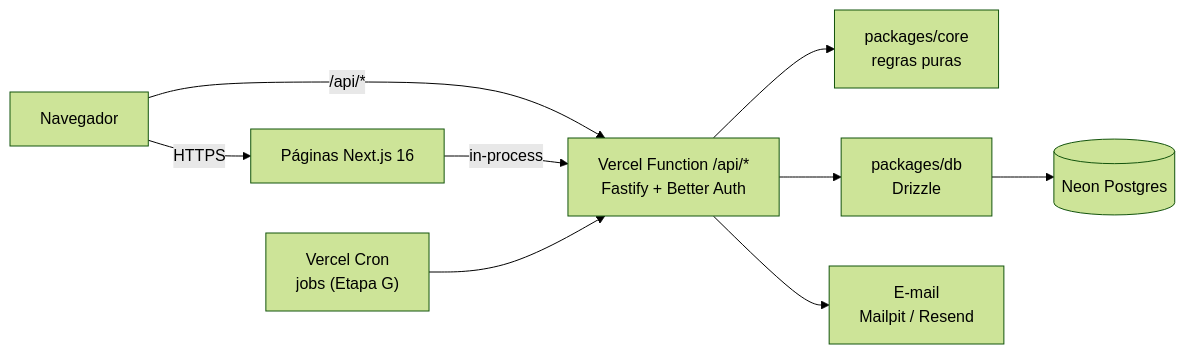
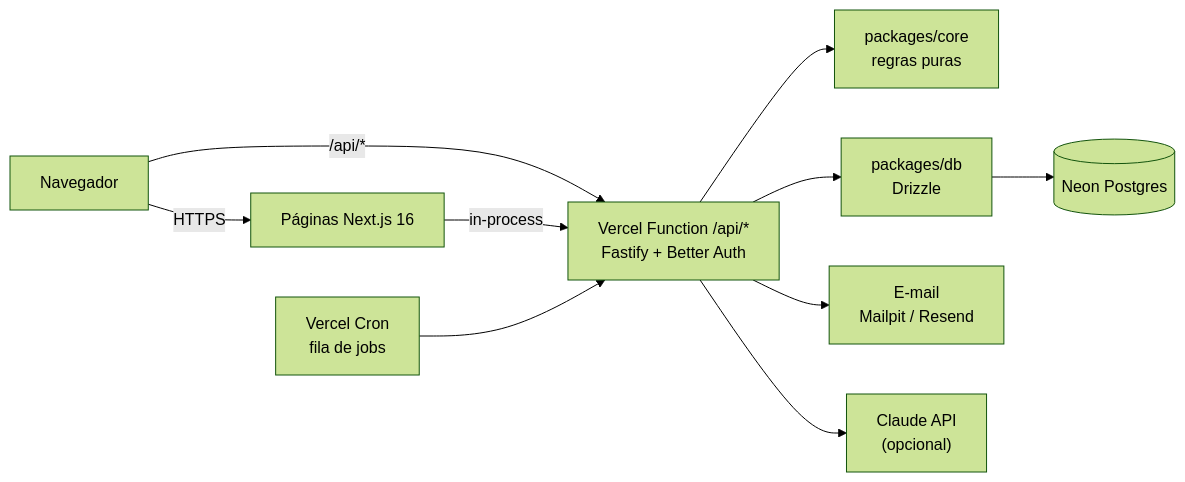
The diagram in README.md (williamRocha12/aprovaai), drawn with Mermaid (forest theme) before and after one commit. The commit also changed other lines of this file and 6 other files, not shown here.

````diff
--- a/README.md
+++ b/README.md
@@ -33,11 +37,12 @@
 ```mermaid
 flowchart LR
   U[Navegador] -->|HTTPS| WEB["Páginas Next.js 16"]
   U -->|"/api/*"| API["Vercel Function /api/*<br/>Fastify + Better Auth"]
   WEB -->|in-process| API
   API --> CORE["packages/core<br/>regras puras"]
   API --> DB["packages/db<br/>Drizzle"]
   DB --> PG[(Neon Postgres)]
   API --> MAIL["E-mail<br/>Mailpit / Resend"]
-  CRON["Vercel Cron<br/>jobs (Etapa G)"] --> API
+  CRON["Vercel Cron<br/>fila de jobs"] --> API
+  API --> AI["Claude API<br/>(opcional)"]
 ```
````
